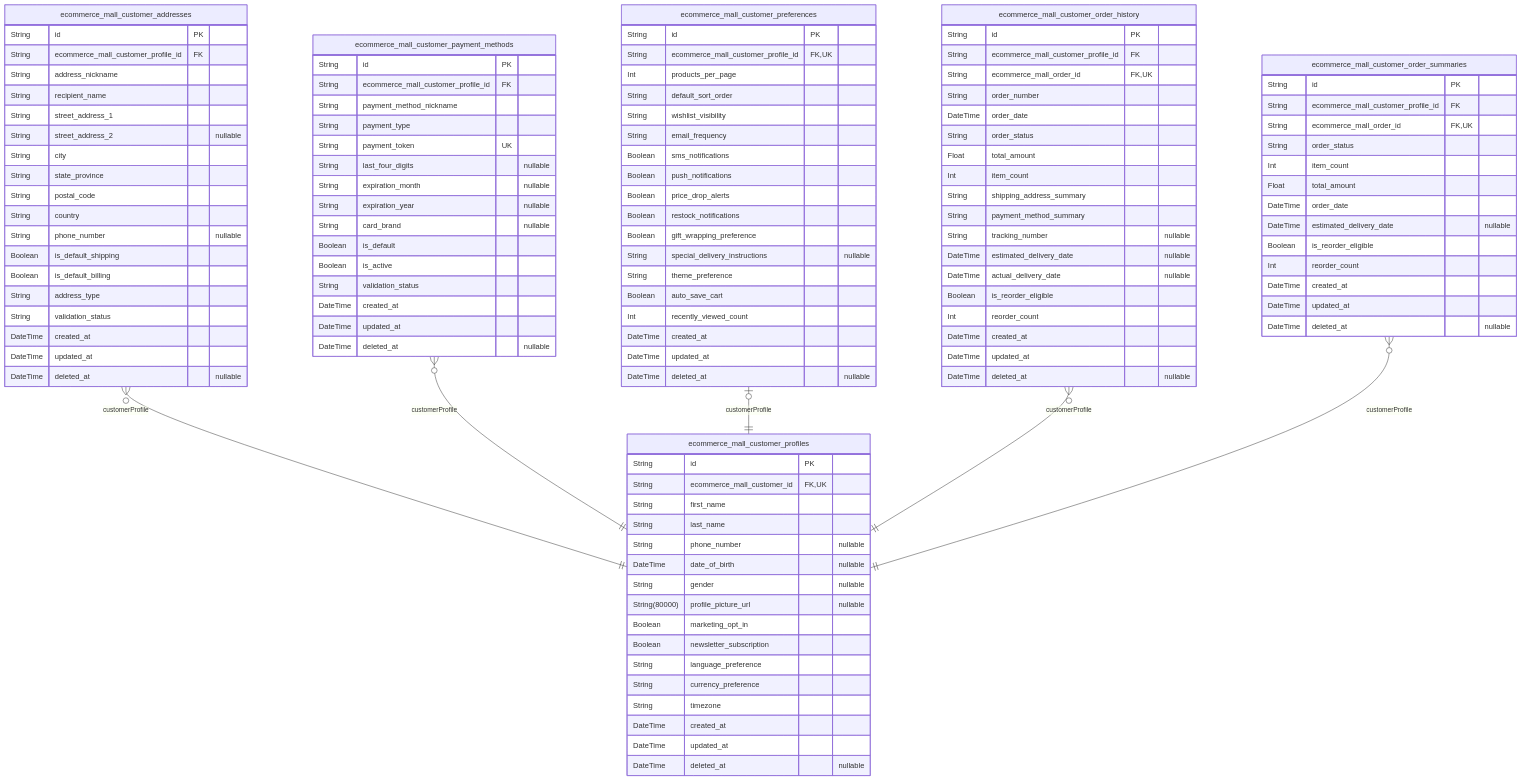
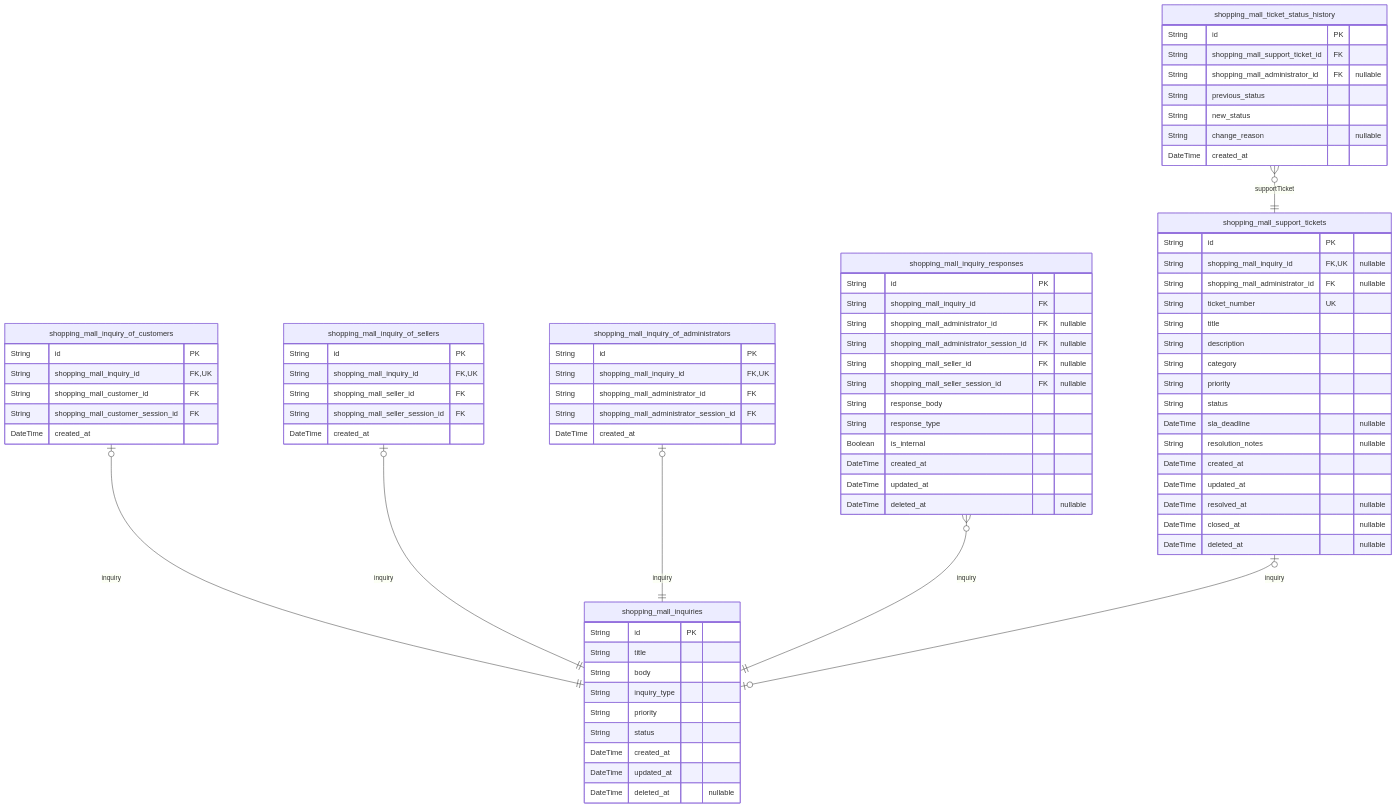
Before and after one commit to wrtnlabs/autobe-examples: the eighth of 10 diagrams in deepseek/deepseek-v3.1-terminus-exacto/shopping/docs/ERD.md, drawn with Mermaid. The commit also changed other lines of this file and 7173 other files, not shown here.

````diff
--- a/deepseek/deepseek-v3.1-terminus-exacto/shopping/docs/ERD.md
+++ b/deepseek/deepseek-v3.1-terminus-exacto/shopping/docs/ERD.md
@@ -2119,118 +1839,82 @@
 ```mermaid
 erDiagram
-"ecommerce_mall_customer_profiles" {
+"shopping_mall_inquiries" {
   String id PK
-  String ecommerce_mall_customer_id FK,UK
-  String first_name
-  String last_name
-  String phone_number "nullable"
-  DateTime date_of_birth "nullable"
-  String gender "nullable"
-  String(80000) profile_picture_url "nullable"
-  Boolean marketing_opt_in
-  Boolean newsletter_subscription
-  String language_preference
-  String currency_preference
-  String timezone
+  String title
+  String body
+  String inquiry_type
+  String priority
+  String status
   DateTime created_at
   DateTime updated_at
   DateTime deleted_at "nullable"
 }
-"ecommerce_mall_customer_addresses" {
+"shopping_mall_inquiry_of_customers" {
   String id PK
-  String ecommerce_mall_customer_profile_id FK
-  String address_nickname
-  String recipient_name
-  String street_address_1
-  String street_address_2 "nullable"
-  String city
-  String state_province
-  String postal_code
-  String country
-  String phone_number "nullable"
-  Boolean is_default_shipping
-  Boolean is_default_billing
-  String address_type
-  String validation_status
+  String shopping_mall_inquiry_id FK,UK
+  String shopping_mall_customer_id FK
+  String shopping_mall_customer_session_id FK
+  DateTime created_at
+}
+"shopping_mall_inquiry_of_sellers" {
+  String id PK
+  String shopping_mall_inquiry_id FK,UK
+  String shopping_mall_seller_id FK
+  String shopping_mall_seller_session_id FK
+  DateTime created_at
+}
+"shopping_mall_inquiry_of_administrators" {
+  String id PK
+  String shopping_mall_inquiry_id FK,UK
+  String shopping_mall_administrator_id FK
+  String shopping_mall_administrator_session_id FK
+  DateTime created_at
+}
+"shopping_mall_inquiry_responses" {
+  String id PK
+  String shopping_mall_inquiry_id FK
+  String shopping_mall_administrator_id FK "nullable"
+  String shopping_mall_administrator_session_id FK "nullable"
+  String shopping_mall_seller_id FK "nullable"
+  String shopping_mall_seller_session_id FK "nullable"
+  String response_body
+  String response_type
+  Boolean is_internal
   DateTime created_at
   DateTime updated_at
   DateTime deleted_at "nullable"
 }
-"ecommerce_mall_customer_payment_methods" {
+"shopping_mall_support_tickets" {
   String id PK
-  String ecommerce_mall_customer_profile_id FK
-  String payment_method_nickname
-  String payment_type
-  String payment_token UK
-  String last_four_digits "nullable"
-  String expiration_month "nullable"
-  String expiration_year "nullable"
-  String card_brand "nullable"
-  Boolean is_default
-  Boolean is_active
-  String validation_status
+  String shopping_mall_inquiry_id FK,UK "nullable"
+  String shopping_mall_administrator_id FK "nullable"
+  String ticket_number UK
+  String title
+  String description
+  String category
+  String priority
+  String status
+  DateTime sla_deadline "nullable"
+  String resolution_notes "nullable"
   DateTime created_at
   DateTime updated_at
+  DateTime resolved_at "nullable"
+  DateTime closed_at "nullable"
   DateTime deleted_at "nullable"
 }
-"ecommerce_mall_customer_preferences" {
+"shopping_mall_ticket_status_history" {
   String id PK
-  String ecommerce_mall_customer_profile_id FK,UK
-  Int products_per_page
-  String default_sort_order
-  String wishlist_visibility
-  String email_frequency
-  Boolean sms_notifications
-  Boolean push_notifications
-  Boolean price_drop_alerts
-  Boolean restock_notifications
-  Boolean gift_wrapping_preference
-  String special_delivery_instructions "nullable"
-  String theme_preference
-  Boolean auto_save_cart
-  Int recently_viewed_count
+  String shopping_mall_support_ticket_id FK
+  String shopping_mall_administrator_id FK "nullable"
+  String previous_status
+  String new_status
+  String change_reason "nullable"
   DateTime created_at
-  DateTime updated_at
-  DateTime deleted_at "nullable"
 }
-"ecommerce_mall_customer_order_history" {
-  String id PK
-  String ecommerce_mall_customer_profile_id FK
-  String ecommerce_mall_order_id FK,UK
-  String order_number
-  DateTime order_date
-  String order_status
-  Float total_amount
-  Int item_count
-  String shipping_address_summary
-  String payment_method_summary
-  String tracking_number "nullable"
-  DateTime estimated_delivery_date "nullable"
-  DateTime actual_delivery_date "nullable"
-  Boolean is_reorder_eligible
-  Int reorder_count
-  DateTime created_at
-  DateTime updated_at
-  DateTime deleted_at "nullable"
-}
-"ecommerce_mall_customer_order_summaries" {
-  String id PK
-  String ecommerce_mall_customer_profile_id FK
-  String ecommerce_mall_order_id FK,UK
-  String order_status
-  Int item_count
-  Float total_amount
-  DateTime order_date
-  DateTime estimated_delivery_date "nullable"
-  Boolean is_reorder_eligible
-  Int reorder_count
-  DateTime created_at
-  DateTime updated_at
-  DateTime deleted_at "nullable"
-}
-"ecommerce_mall_customer_addresses" }o--|| "ecommerce_mall_customer_profiles" : customerProfile
-"ecommerce_mall_customer_payment_methods" }o--|| "ecommerce_mall_customer_profiles" : customerProfile
-"ecommerce_mall_customer_preferences" |o--|| "ecommerce_mall_customer_profiles" : customerProfile
-"ecommerce_mall_customer_order_history" }o--|| "ecommerce_mall_customer_profiles" : customerProfile
-"ecommerce_mall_customer_order_summaries" }o--|| "ecommerce_mall_customer_profiles" : customerProfile
+"shopping_mall_inquiry_of_customers" |o--|| "shopping_mall_inquiries" : inquiry
+"shopping_mall_inquiry_of_sellers" |o--|| "shopping_mall_inquiries" : inquiry
+"shopping_mall_inquiry_of_administrators" |o--|| "shopping_mall_inquiries" : inquiry
+"shopping_mall_inquiry_responses" }o--|| "shopping_mall_inquiries" : inquiry
+"shopping_mall_support_tickets" |o--o| "shopping_mall_inquiries" : inquiry
+"shopping_mall_ticket_status_history" }o--|| "shopping_mall_support_tickets" : supportTicket
 ```
````
